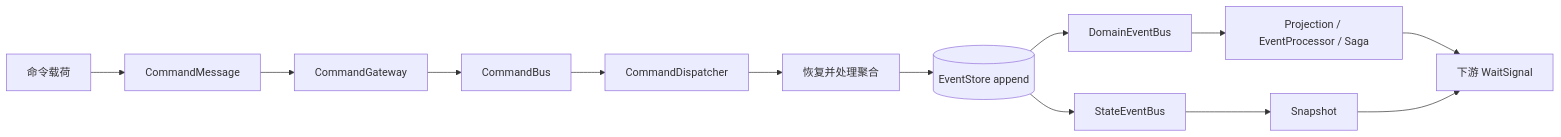
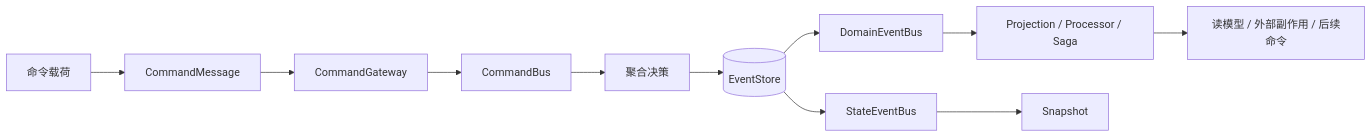
The diagram in documentation/docs/zh/guide/advanced/data-flow.md (Ahoo-Wang/Wow), drawn with Mermaid before and after one commit. The commit also changed other lines of this file and 111 other files, not shown here.

Commit message:
docs: reorganize domain command and event guides (#3082)

````diff
--- a/documentation/docs/zh/guide/advanced/data-flow.md
+++ b/documentation/docs/zh/guide/advanced/data-flow.md
@@ -13,15 +13,13 @@
 ```mermaid
 flowchart LR
     Input[命令载荷] --> Message[CommandMessage]
     Message --> Gateway[CommandGateway]
     Gateway --> CommandBus[CommandBus]
-    CommandBus --> Dispatcher[CommandDispatcher]
-    Dispatcher --> Aggregate[恢复并处理聚合]
-    Aggregate --> Store[(EventStore append)]
+    CommandBus --> Aggregate[聚合决策]
+    Aggregate --> Store[(EventStore)]
     Store --> DomainBus[DomainEventBus]
     Store --> StateBus[StateEventBus]
-    DomainBus --> Consumers[Projection / EventProcessor / Saga]
+    DomainBus --> Consumers[Projection / Processor / Saga]
     StateBus --> Snapshot[Snapshot]
-    Consumers --> Signals[下游 WaitSignal]
-    Snapshot --> Signals
+    Consumers --> Query[读模型 / 外部副作用 / 后续命令]
 ```
````
